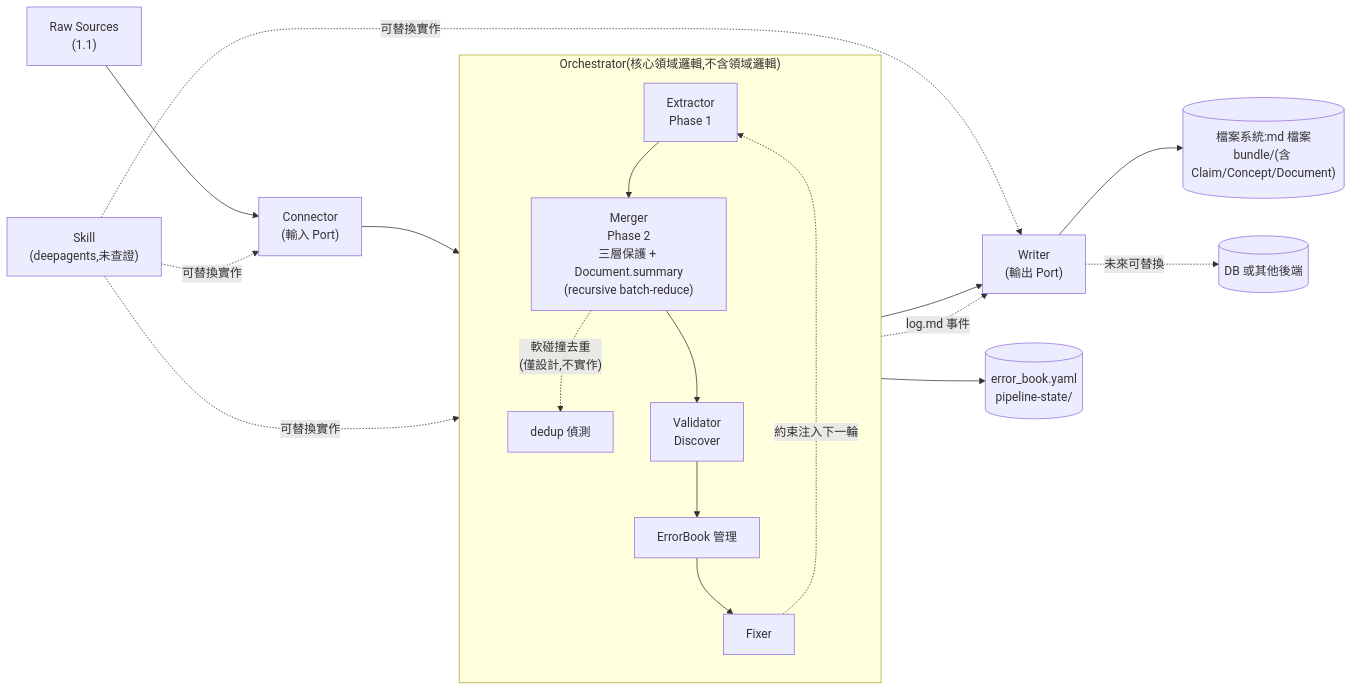
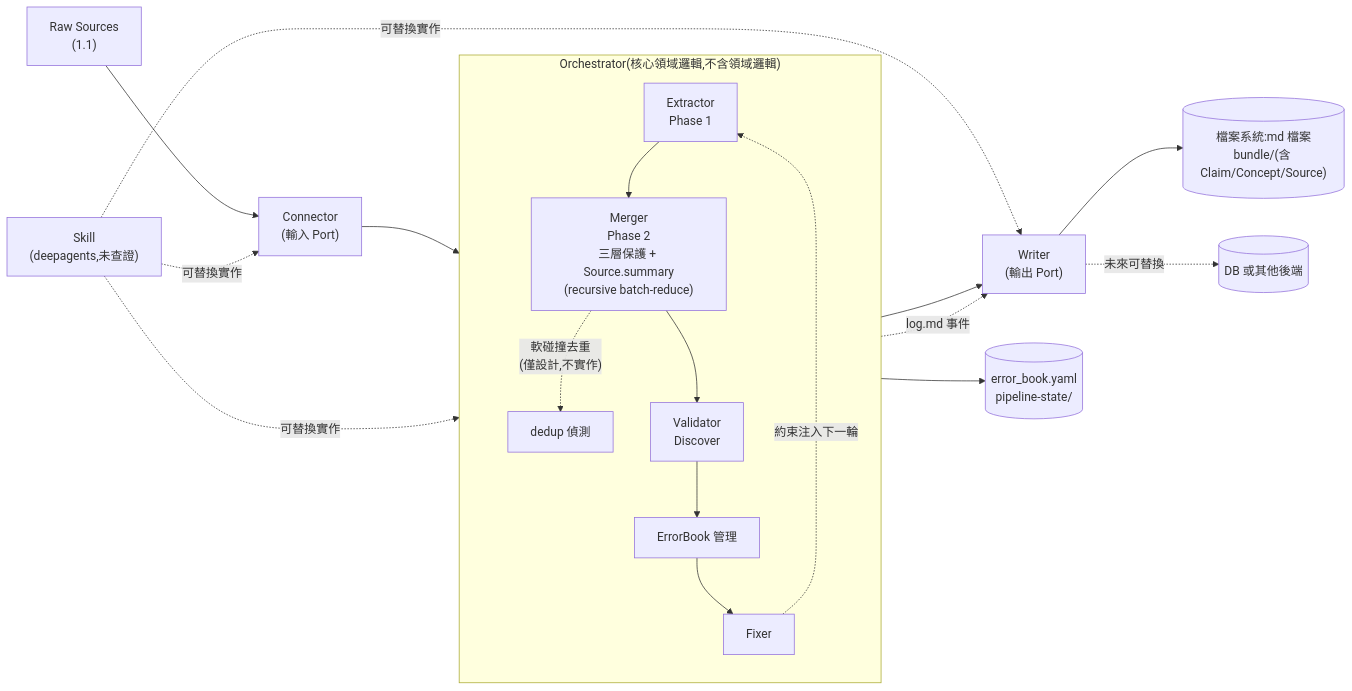
The diagram in docs/llm-yuki-v0.1-proposal/ARCHITECTURE.md (yuchengml/llm_yuki), drawn with Mermaid before and after one commit. The commit also changed other lines of this file and 4 other files, not shown here.

````diff
--- a/docs/llm-yuki-v0.1-proposal/ARCHITECTURE.md
+++ b/docs/llm-yuki-v0.1-proposal/ARCHITECTURE.md
@@ -88,25 +88,25 @@
 ```mermaid
 flowchart LR
     RS["Raw Sources<br/>(1.1)"] --> C["Connector<br/>(輸入 Port)"]
     C --> EX
 
     subgraph O["Orchestrator(核心領域邏輯,不含領域邏輯)"]
         direction TB
-        EX["Extractor<br/>Phase 1"] --> ME["Merger<br/>Phase 2<br/>三層保護 + Document.summary<br/>(recursive batch-reduce)"]
+        EX["Extractor<br/>Phase 1"] --> ME["Merger<br/>Phase 2<br/>三層保護 + Source.summary<br/>(recursive batch-reduce)"]
         ME -. "軟碰撞去重<br/>(僅設計,不實作)" .-> DEDUP["dedup 偵測"]
         ME --> VA["Validator<br/>Discover"]
         VA --> EBM["ErrorBook 管理"]
         EBM --> FX["Fixer"]
         FX -. "約束注入下一輪" .-> EX
     end
 
     ME --> W["Writer<br/>(輸出 Port)"]
     EBM -. "log.md 事件" .-> W
-    W --> FS[("檔案系統:md 檔案<br/>bundle/(含 Claim/Concept/Document)")]
+    W --> FS[("檔案系統:md 檔案<br/>bundle/(含 Claim/Concept/Source)")]
     W -. "未來可替換" .-> DB[("DB 或其他後端")]
     EBM --> EBS[("error_book.yaml<br/>pipeline-state/")]
 
     SK["Skill<br/>(deepagents,未查證)"] -. "可替換實作" .-> C
     SK -. "可替換實作" .-> EX
     SK -. "可替換實作" .-> W
 ```
````
